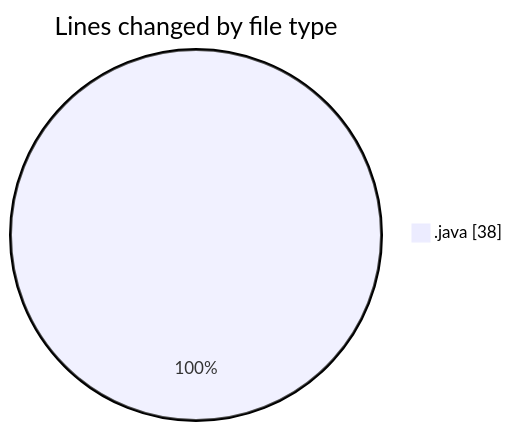
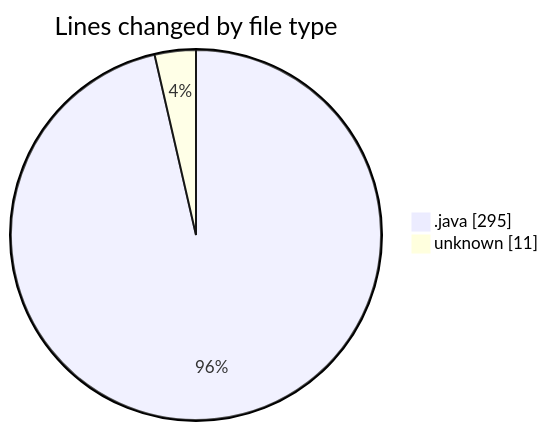
The first of 2 diagrams in 2026-04-27/cilapp/README.md (ricardozamudiocil/code-tracking), drawn with Mermaid before and after one commit. The commit also changed other lines of this file and 1 other file, not shown here.

````diff
--- a/2026-04-27/cilapp/README.md
+++ b/2026-04-27/cilapp/README.md
@@ -20,5 +21,6 @@
 ```mermaid
 pie showData
 title Lines changed by file type
-".java" : 38
+".java" : 295
+"unknown" : 11
 ```
````
